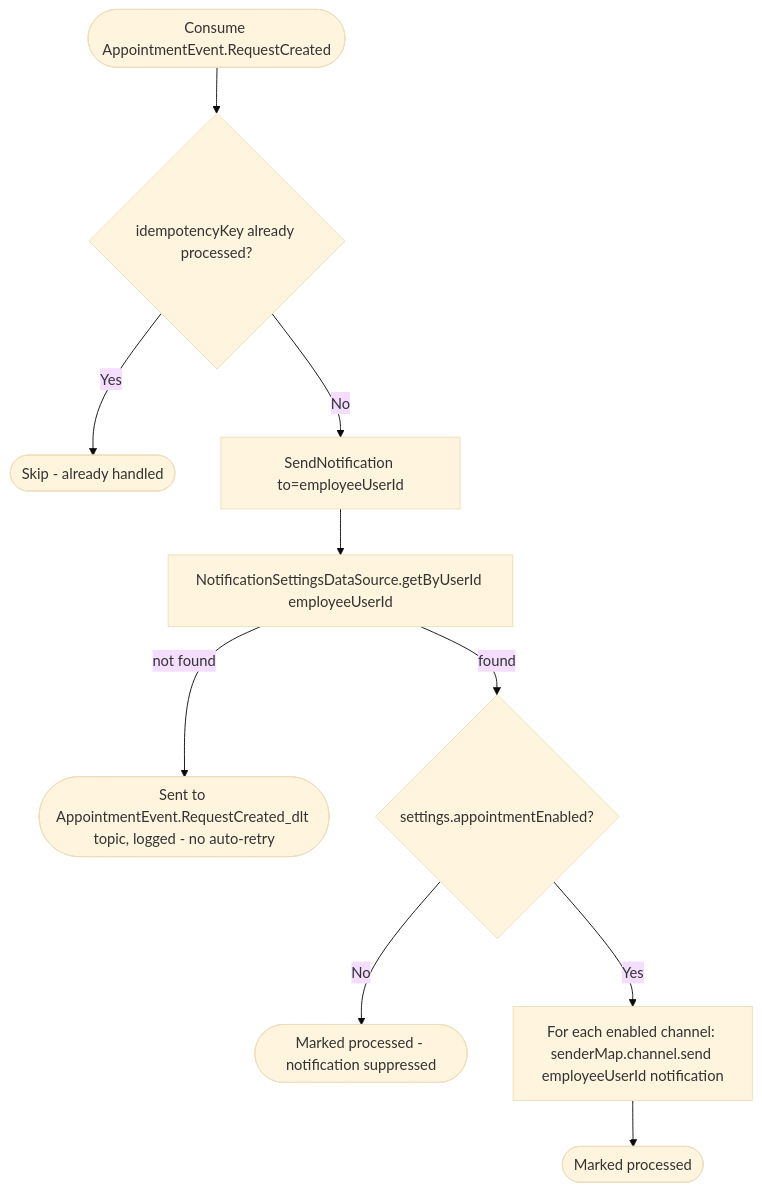
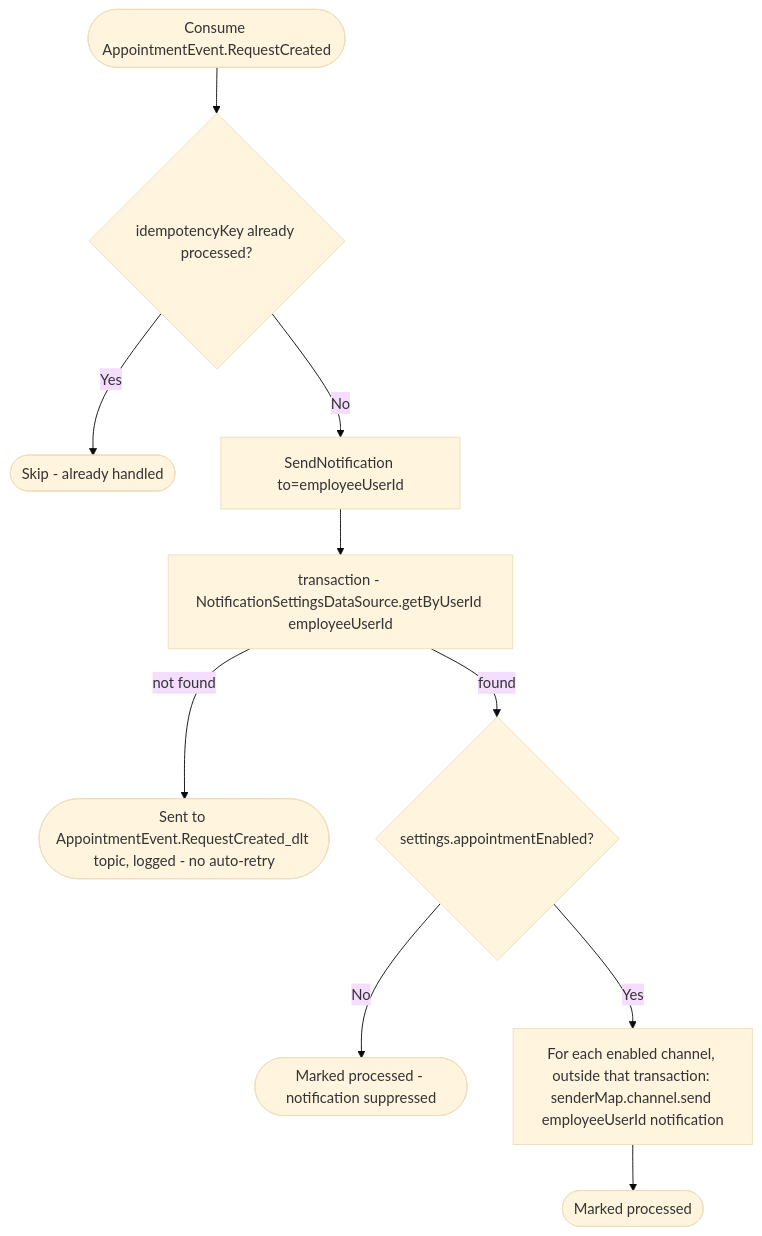
The diagram in docs/operations/notifications/on-appointment-request-created.md (nocturneproperties/bookkme), drawn with Mermaid (base theme) before and after one commit. The commit also changed 32 other files, not shown here.

````diff
--- a/docs/operations/notifications/on-appointment-request-created.md
+++ b/docs/operations/notifications/on-appointment-request-created.md
@@ -10,12 +10,12 @@
 ```mermaid
 flowchart TD
     Start([Consume AppointmentEvent.RequestCreated]) --> Dedup{idempotencyKey already processed?}
     Dedup -- Yes --> Skip([Skip - already handled])
     Dedup -- No --> Send[SendNotification to=employeeUserId]
-    Send --> GetSettings[NotificationSettingsDataSource.getByUserId employeeUserId]
+    Send --> GetSettings[transaction - NotificationSettingsDataSource.getByUserId employeeUserId]
     GetSettings -- not found --> Dlt([Sent to AppointmentEvent.RequestCreated_dlt topic, logged - no auto-retry])
     GetSettings -- found --> TypeAllowed{settings.appointmentEnabled?}
     TypeAllowed -- No --> Ack([Marked processed - notification suppressed])
-    TypeAllowed -- Yes --> Channels[For each enabled channel: senderMap.channel.send employeeUserId notification]
+    TypeAllowed -- Yes --> Channels[For each enabled channel, outside that transaction: senderMap.channel.send employeeUserId notification]
     Channels --> Ack2([Marked processed])
 ```
````
